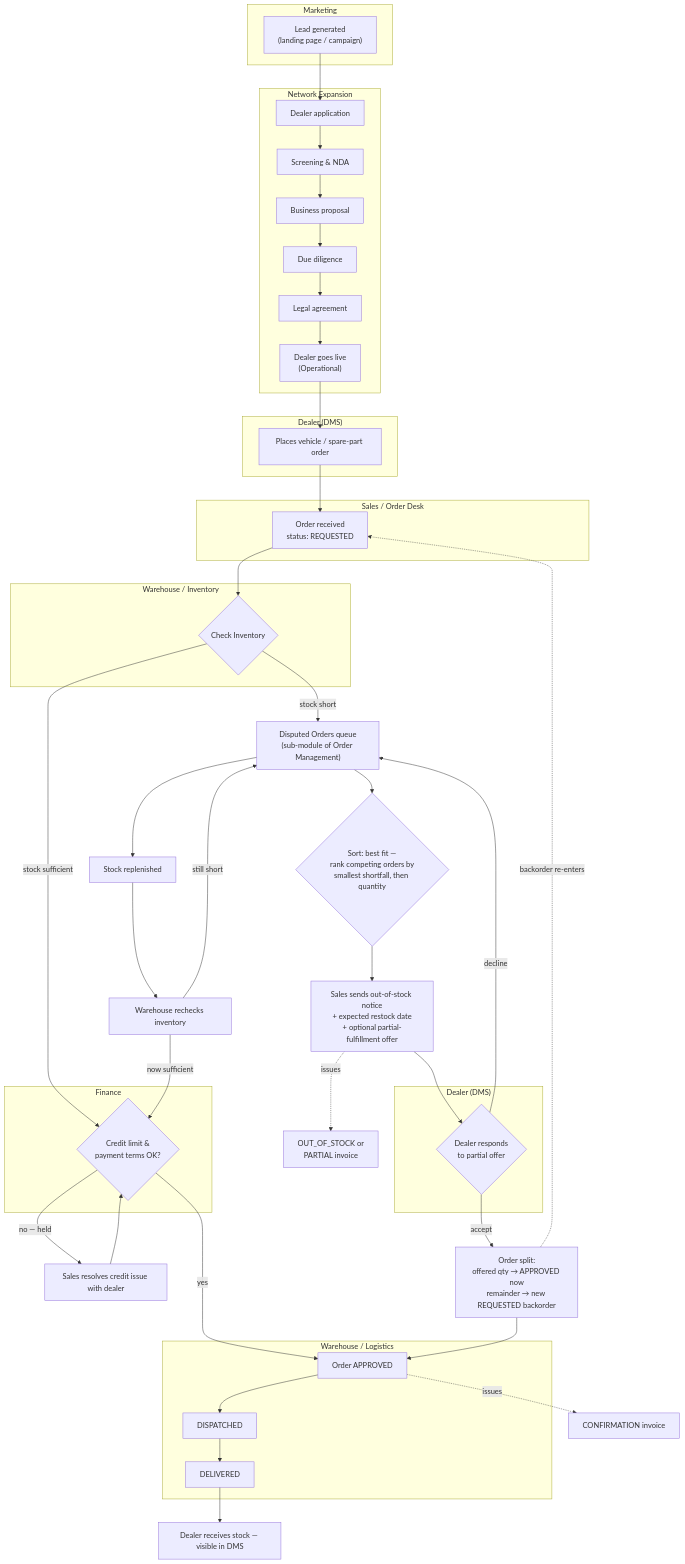
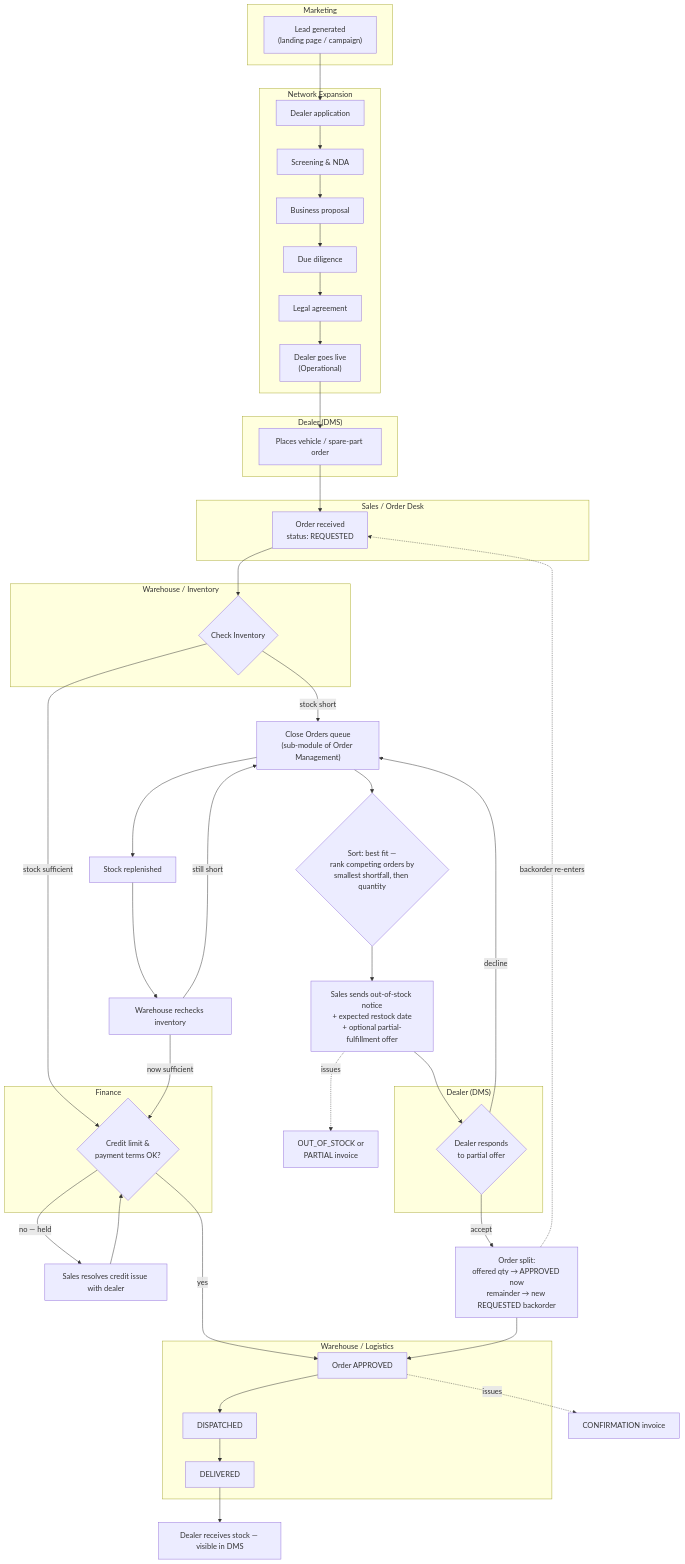
Before and after one commit to Rishabh-patidar-dev/EV-CRM-: the fourth of 4 diagrams in docs/ARCHITECTURE_AND_FLOWS.md, drawn with Mermaid. The commit also changed other lines of this file and 11 other files, not shown here.

````diff
--- a/docs/ARCHITECTURE_AND_FLOWS.md
+++ b/docs/ARCHITECTURE_AND_FLOWS.md
@@ -72,64 +72,64 @@
 ```mermaid
 flowchart TD
   subgraph MKT["Marketing"]
     A1["Lead generated<br/>(landing page / campaign)"]
   end
 
   subgraph NEX["Network Expansion"]
     A2["Dealer application"] --> A3["Screening & NDA"]
     A3 --> A4["Business proposal"]
     A4 --> A5["Due diligence"]
     A5 --> A6["Legal agreement"]
     A6 --> A7["Dealer goes live<br/>(Operational)"]
   end
   A1 --> A2
 
   subgraph DLR["Dealer (DMS)"]
     B1["Places vehicle / spare-part order"]
   end
   A7 --> B1
 
   subgraph SLS["Sales / Order Desk"]
     C1["Order received<br/>status: REQUESTED"]
   end
   B1 --> C1
 
   subgraph WHS["Warehouse / Inventory"]
     D1{"Check Inventory"}
   end
   C1 --> D1
 
   subgraph FIN["Finance"]
     E1{"Credit limit &<br/>payment terms OK?"}
   end
 
   subgraph LOG["Warehouse / Logistics"]
     G1["Order APPROVED"] --> G2["DISPATCHED"] --> G3["DELIVERED"]
   end
 
   D1 -->|"stock sufficient"| E1
   E1 -->|"yes"| G1
   G1 -.->|"issues"| INV1["CONFIRMATION invoice"]
   E1 -->|"no — held"| F2["Sales resolves credit issue with dealer"]
   F2 --> E1
   G3 --> H1["Dealer receives stock — visible in DMS"]
 
-  D1 -->|"stock short"| F1["Disputed Orders queue<br/>(sub-module of Order Management)"]
+  D1 -->|"stock short"| F1["Close Orders queue<br/>(sub-module of Order Management)"]
   F1 --> F0{"Sort: best fit —<br/>rank competing orders by<br/>smallest shortfall, then quantity"}
   F0 --> F3["Sales sends out-of-stock notice<br/>+ expected restock date<br/>+ optional partial-fulfillment offer"]
   F3 -.->|"issues"| INV2["OUT_OF_STOCK or<br/>PARTIAL invoice"]
 
   subgraph DLR2["Dealer (DMS)"]
     F6{"Dealer responds<br/>to partial offer"}
   end
   F3 --> F6
   F6 -->|"accept"| F7["Order split:<br/>offered qty → APPROVED now<br/>remainder → new REQUESTED backorder"]
   F7 --> G1
   F7 -.->|"backorder re-enters"| C1
   F6 -->|"decline"| F1
 
   F1 --> F4["Stock replenished"]
   F4 --> F5["Warehouse rechecks inventory"]
   F5 -->|"now sufficient"| E1
   F5 -->|"still short"| F1
 ```
````
